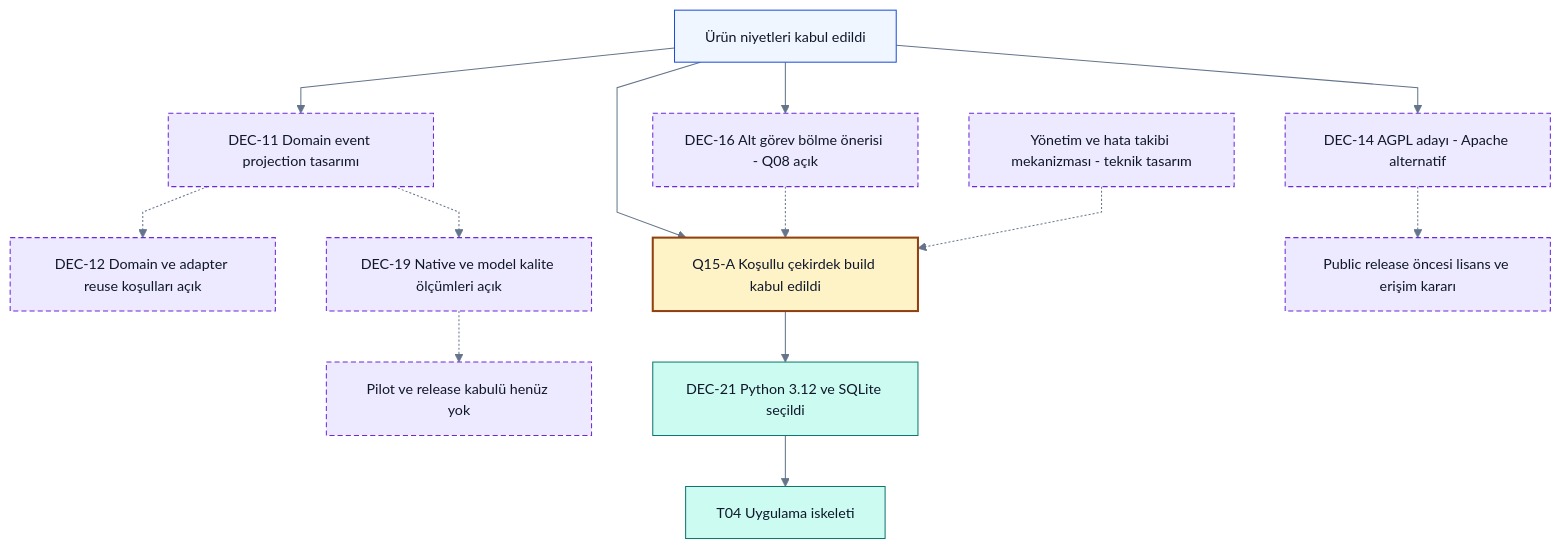
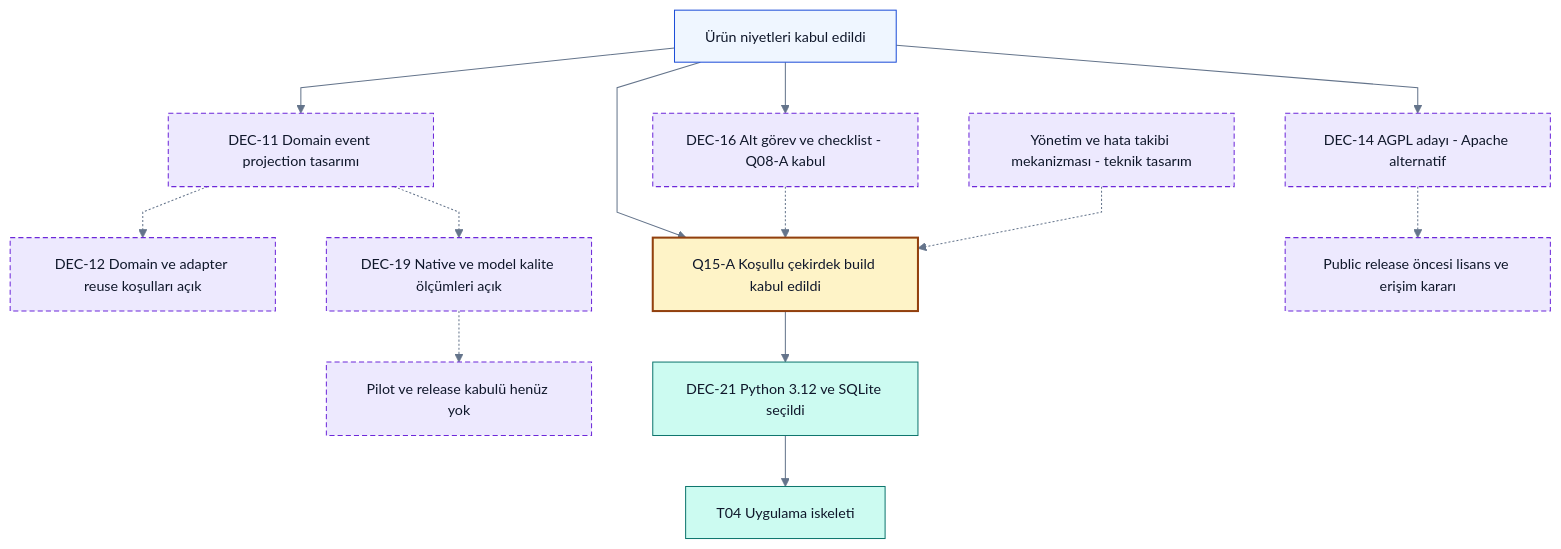
Before and after one commit to alphanAkbulut/decivora: the second of 2 diagrams in docs/product/decision-map.md, drawn with Mermaid. The commit also changed other lines of this file and 58 other files, not shown here.

````diff
--- a/docs/product/decision-map.md
+++ b/docs/product/decision-map.md
@@ -65,26 +65,26 @@
 ```mermaid
 %%{init: {"theme":"base","themeVariables":{"fontFamily":"Arial, sans-serif","fontSize":"14px","primaryColor":"#eff6ff","primaryTextColor":"#0f172a","primaryBorderColor":"#1d4ed8","lineColor":"#64748b","secondaryColor":"#ccfbf1","tertiaryColor":"#f1f5f9","background":"#ffffff","mainBkg":"#eff6ff","textColor":"#0f172a","clusterBkg":"#f8fafc","clusterBorder":"#94a3b8","edgeLabelBackground":"#ffffff","actorBkg":"#eff6ff","actorTextColor":"#0f172a","actorBorder":"#1d4ed8","signalColor":"#64748b","signalTextColor":"#0f172a","noteBkgColor":"#fef3c7","noteTextColor":"#0f172a","noteBorderColor":"#92400e"},"flowchart":{"htmlLabels":false,"curve":"linear"},"sequence":{"wrap":true},"themeCSS":"background-color:#ffffff;"}}%%
 flowchart TB
     accTitle: Kabul edilmiş çekirdek ve açık ürün kapıları
     accDescr: Karar tablosundaki niyet ve teknik öneriler ayrıdır. Renk accepted teknoloji veya runtime başarısı kanıtı değildir.
     NEED[Ürün niyetleri kabul edildi] --> CORE[DEC-11 Domain event projection tasarımı]
     CORE -.-> REUSE[DEC-12 Domain ve adapter reuse koşulları açık]
     NEED --> OWNER[Q15-A Koşullu çekirdek build kabul edildi]
     OWNER --> STACK[DEC-21 Python 3.12 ve SQLite seçildi]
     STACK --> APP[T04 Uygulama iskeleti]
     CORE -.-> TEST[DEC-19 Native ve model kalite ölçümleri açık]
     TEST -.-> PILOT[Pilot ve release kabulü henüz yok]
-    NEED --> SPLIT[DEC-16 Alt görev bölme önerisi - Q08 açık]
+    NEED --> SPLIT[DEC-16 Alt görev ve checklist - Q08-A kabul]
     SPLIT -.-> OWNER
     NEED --> LICENSE[DEC-14 AGPL adayı - Apache alternatif]
     LICENSE -.-> RELEASE[Public release öncesi lisans ve erişim kararı]
     GOV[Yönetim ve hata takibi mekanizması - teknik tasarım] -.-> OWNER
     classDef source fill:#eff6ff,stroke:#1d4ed8,color:#0f172a
     class NEED source
     classDef future fill:#ede9fe,stroke:#6d28d9,color:#0f172a,stroke-dasharray:5 3
     class CORE,REUSE,TEST,SPLIT,LICENSE,GOV,RELEASE,PILOT future
     classDef accepted fill:#ccfbf1,stroke:#0f766e,color:#0f172a
     class STACK,APP accepted
     classDef gate fill:#fef3c7,stroke:#92400e,color:#0f172a,stroke-width:2px
     class OWNER gate
 ```
````
